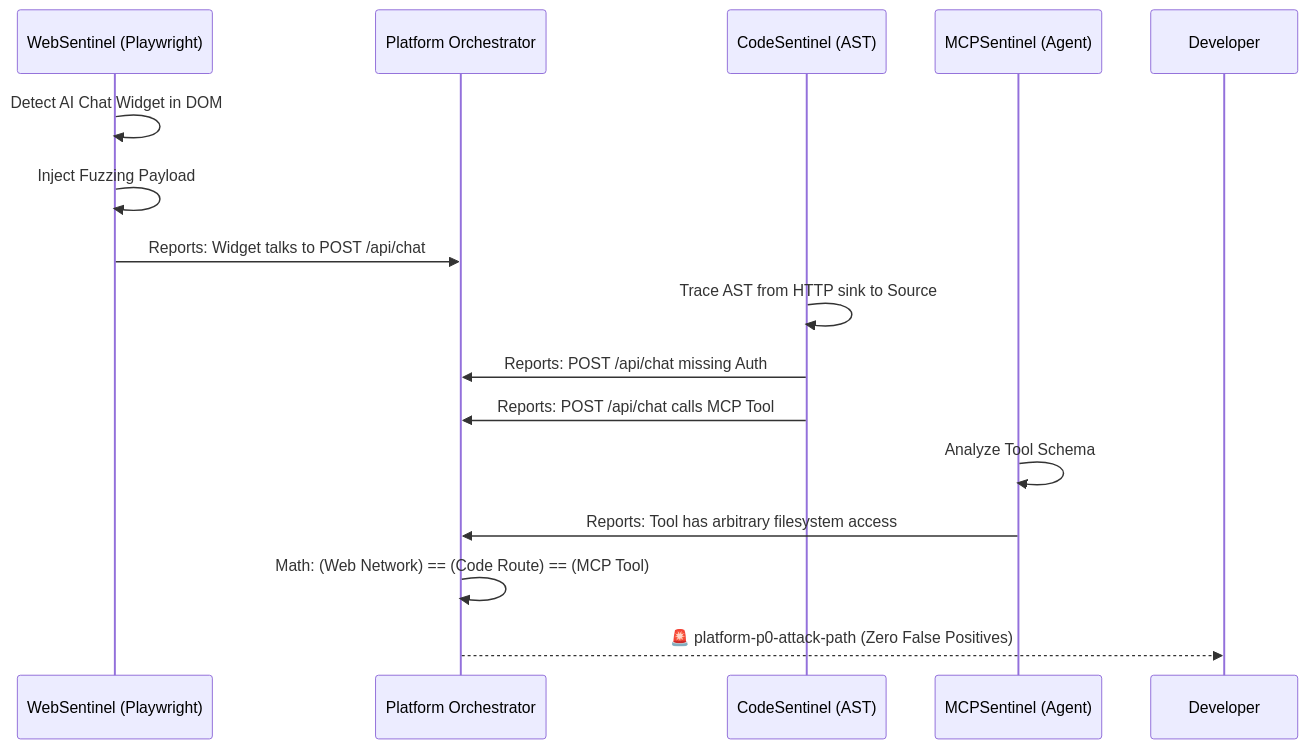
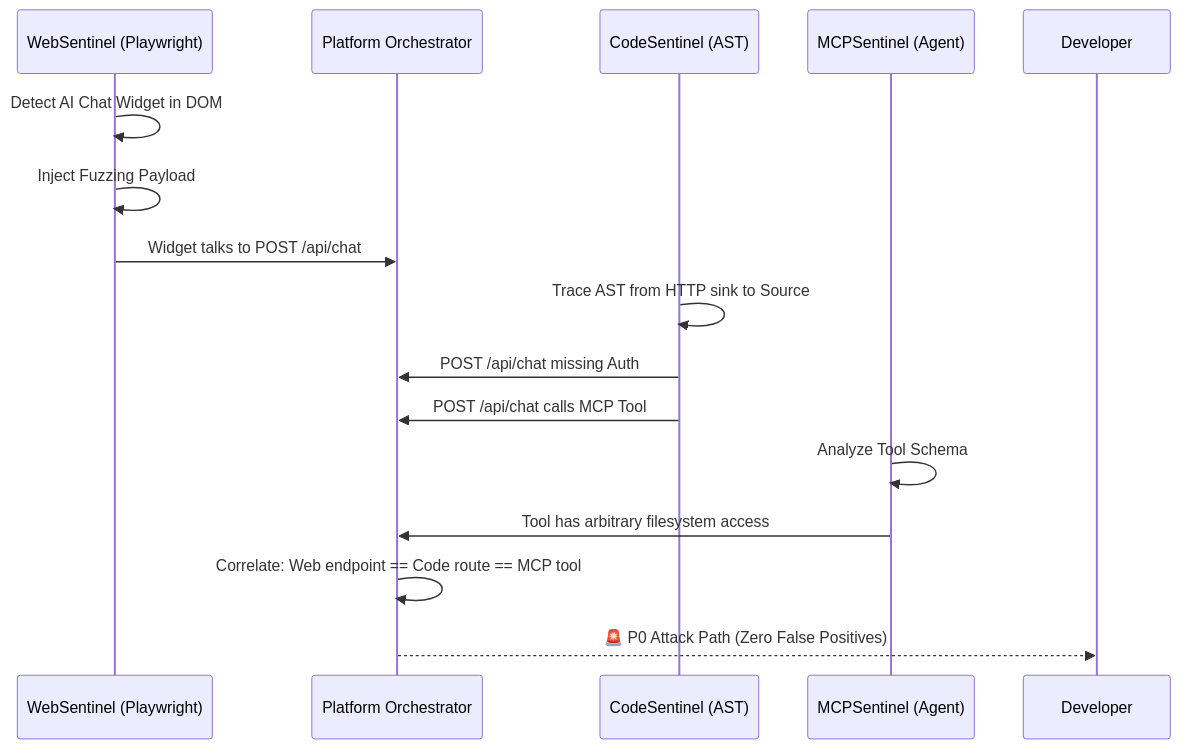
The second of 2 diagrams in packages/docs/architecture/system-overview.md (pushp314/ApTes), drawn with Mermaid before and after one commit. The commit also changed other lines of this file and 50 other files, not shown here.

````diff
--- a/packages/docs/architecture/system-overview.md
+++ b/packages/docs/architecture/system-overview.md
@@ -44,21 +112,21 @@
 ```mermaid
 sequenceDiagram
     participant Web as WebSentinel (Playwright)
     participant Orchestrator as Platform Orchestrator
     participant Code as CodeSentinel (AST)
     participant MCP as MCPSentinel (Agent)
 
     Web->>Web: Detect AI Chat Widget in DOM
     Web->>Web: Inject Fuzzing Payload
-    Web->>Orchestrator: Reports: Widget talks to POST /api/chat
-    
+    Web->>Orchestrator: Widget talks to POST /api/chat
+
     Code->>Code: Trace AST from HTTP sink to Source
-    Code->>Orchestrator: Reports: POST /api/chat missing Auth
-    Code->>Orchestrator: Reports: POST /api/chat calls MCP Tool
-    
+    Code->>Orchestrator: POST /api/chat missing Auth
+    Code->>Orchestrator: POST /api/chat calls MCP Tool
+
     MCP->>MCP: Analyze Tool Schema
-    MCP->>Orchestrator: Reports: Tool has arbitrary filesystem access
-    
-    Orchestrator->>Orchestrator: Math: (Web Network) == (Code Route) == (MCP Tool)
-    Orchestrator-->>Developer: 🚨 platform-p0-attack-path (Zero False Positives)
+    MCP->>Orchestrator: Tool has arbitrary filesystem access
+
+    Orchestrator->>Orchestrator: Correlate: Web endpoint == Code route == MCP tool
+    Orchestrator-->>Developer: 🚨 P0 Attack Path (Zero False Positives)
 ```
````
